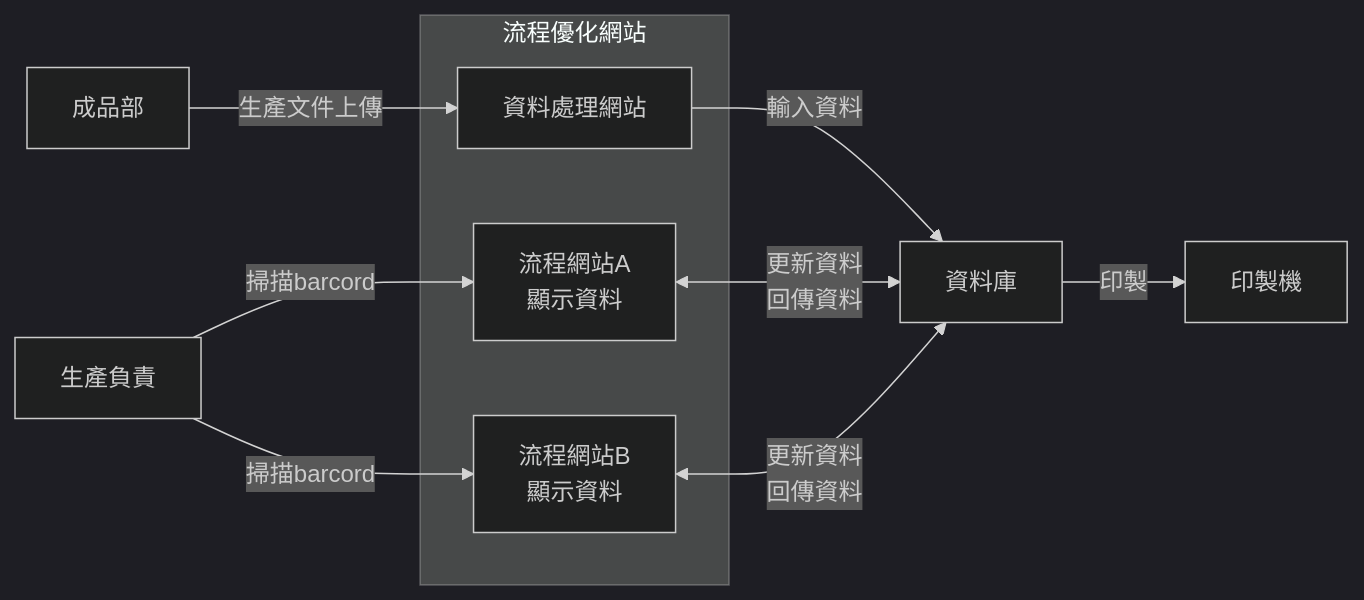
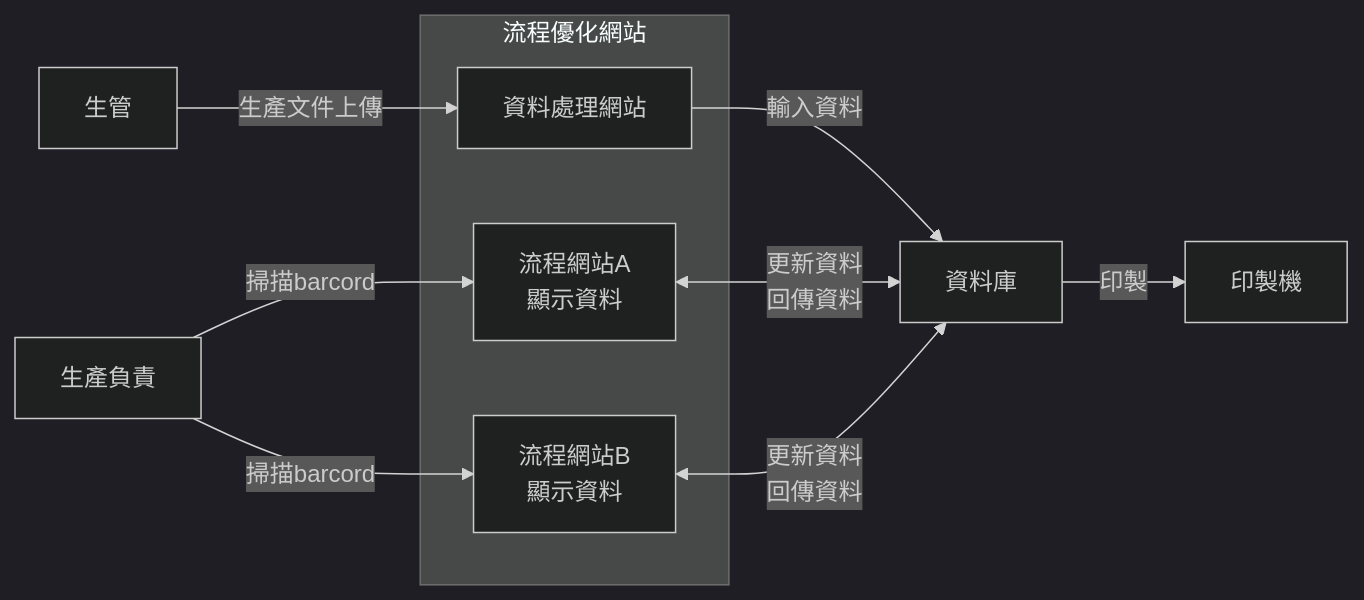
One commit to ericchou42/OptimizationFlow changed the fourth of 4 diagrams in README.md. Above: the diagram before and after it, drawn with Mermaid (dark theme). The commit also changed other lines of this file, not shown here.

````diff
--- a/README.md
+++ b/README.md
@@ -36,23 +82,23 @@
 ```mermaid
 graph LR
 subgraph "流程優化網站"
     B
     E
     F
 end
-A[成品部]
+A[生管]
 B[資料處理網站]
 C[資料庫]
 D[生產負責]
 E[流程網站B<br>顯示資料]
 F[流程網站A<br>顯示資料]
 G[印製機]
 
 A-->|生產文件上傳|B
 B-->|輸入資料|C
 D-->|掃描barcord|E
 D-->|掃描barcord|F
 F<-->|更新資料<br>回傳資料|C
 E<-->|更新資料<br>回傳資料|C
 C-->|印製|G
 ```
````
